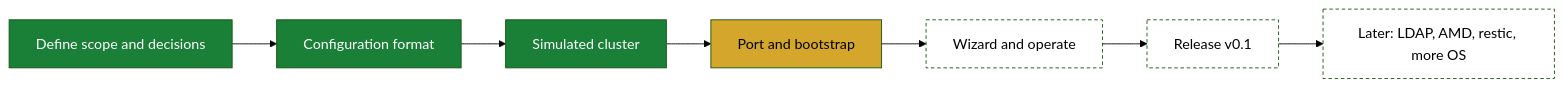
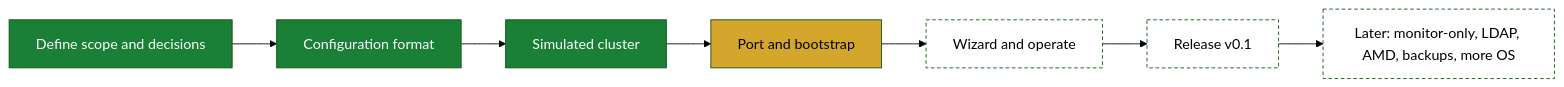
One commit to enajx/nanoHPC changed the first of 2 diagrams in PROJECT.md. Above: the diagram before and after it, drawn with Mermaid (forest theme). The commit also changed other lines of this file and 5 other files, not shown here.

````diff
--- a/PROJECT.md
+++ b/PROJECT.md
@@ -34,13 +34,13 @@
 ```mermaid
 flowchart LR
   classDef done fill:#1a7f37,color:#fff
   classDef wip fill:#d4a72c,color:#000
   classDef queued fill:none,stroke-dasharray:4 3
 
   P1[Define scope and decisions]:::done --> P2[Configuration format]:::done
   P2 --> P3[Simulated cluster]:::done
   P3 --> P4[Port and bootstrap]:::wip
   P4 --> P5[Wizard and operate]:::queued
   P5 --> P6[Release v0.1]:::queued
-  P6 --> P7[Later: LDAP, AMD, restic, more OS]:::queued
+  P6 --> P7[Later: monitor-only, LDAP, AMD, backups, more OS]:::queued
 ```
````
